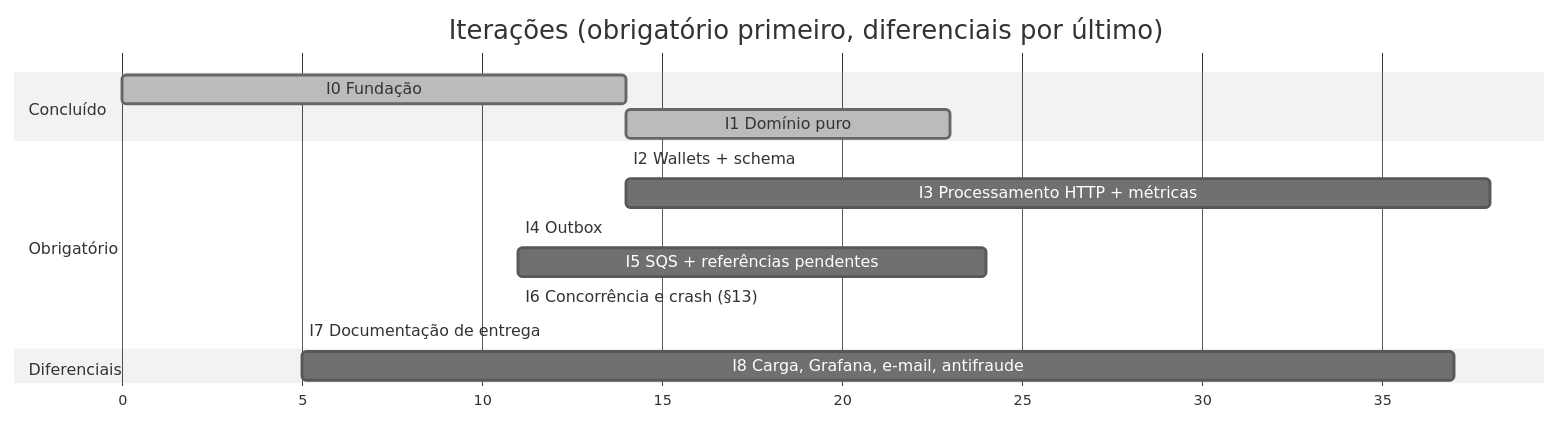
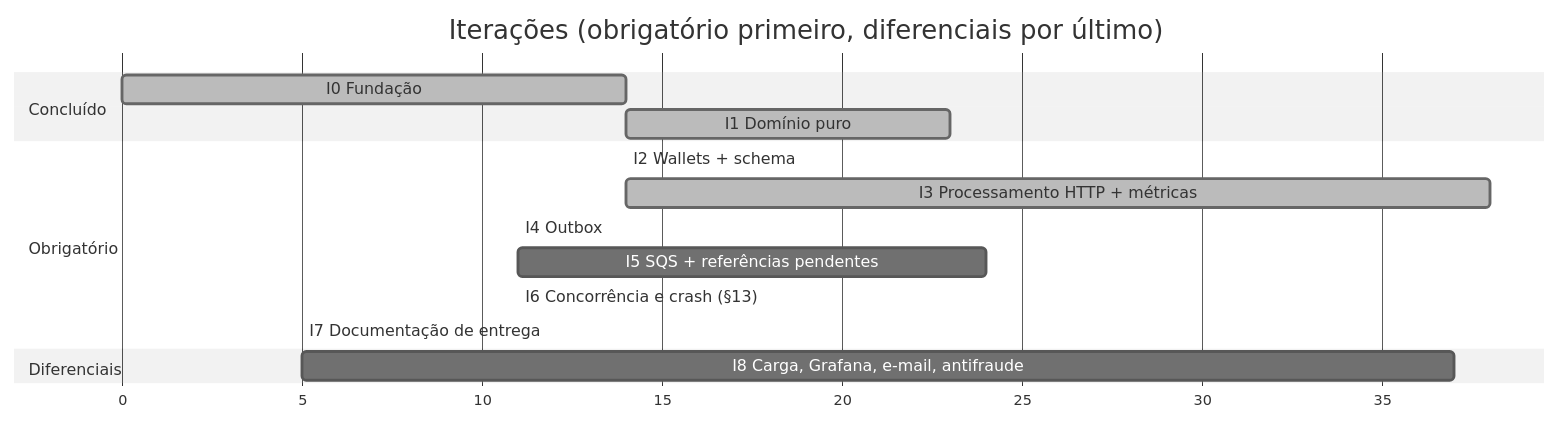
Before and after one commit to MacedoSousa/backend-challenge: the diagram in docs/02-escopo-agile.md, drawn with Mermaid (neutral theme). The commit also changed other lines of this file and 31 other files, not shown here.

````diff
--- a/docs/02-escopo-agile.md
+++ b/docs/02-escopo-agile.md
@@ -159,18 +159,18 @@
 ```mermaid
 gantt
     dateFormat X
     axisFormat %s
     title Iterações (obrigatório primeiro, diferenciais por último)
     section Concluído
     I0 Fundação                              :done, i0, 0, 14
     I1 Domínio puro                          :done, i1, after i0, 23
     section Obrigatório
     I2 Wallets + schema                      :done, i2, after i1, 14
-    I3 Processamento HTTP + métricas         :i3, after i2, 38
+    I3 Processamento HTTP + métricas         :done, i3, after i2, 38
     I4 Outbox                                :i4, after i3, 11
     I5 SQS + referências pendentes           :i5, after i4, 24
     I6 Concorrência e crash (§13)            :i6, after i5, 11
     I7 Documentação de entrega               :i7, after i6, 5
     section Diferenciais
     I8 Carga, Grafana, e-mail, antifraude    :i8, after i7, 37
 ```
````
